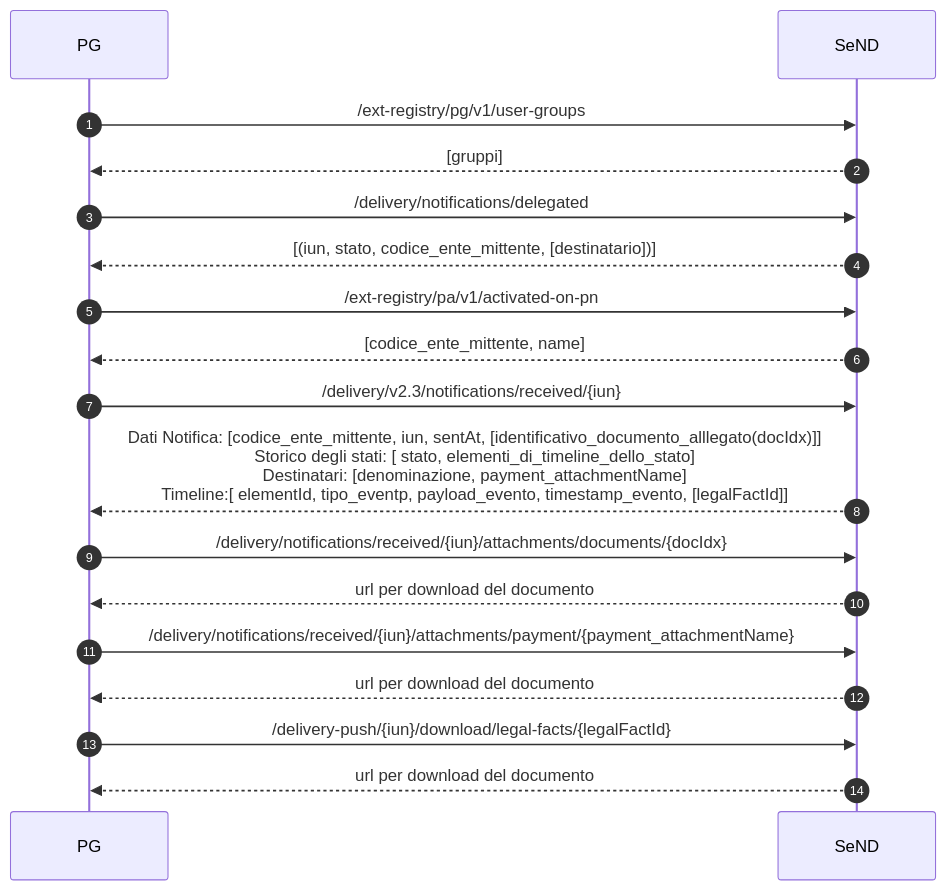
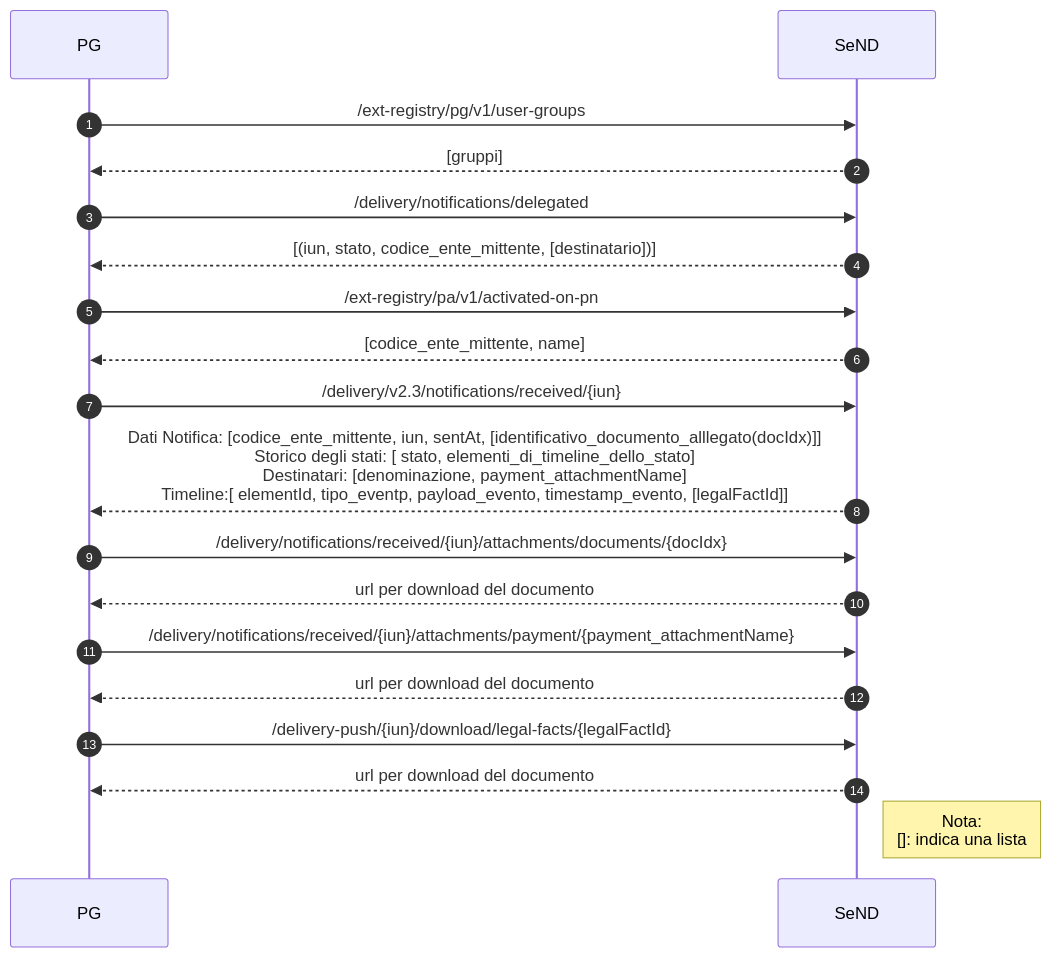
One commit to pagopa/pn-delivery changed the diagram in docs/openapi/images/pg.mmd. Above: the diagram before and after it, drawn with Mermaid. The commit also changed other lines of this file and 1 other file, not shown here.

Commit message:
docs: updated diagram

```diff
--- a/docs/openapi/images/pg.mmd
+++ b/docs/openapi/images/pg.mmd
@@ -1,22 +1,23 @@
 sequenceDiagram
     autonumber
     PG->>SeND:  /ext-registry/pg/v1/user-groups
     SeND-->>PG: [gruppi]
     PG->>SeND:  /delivery/notifications/delegated
     SeND-->>PG: [(iun, stato, codice_ente_mittente, [destinatario])]
     PG ->>SeND: /ext-registry/pa/v1/activated-on-pn
     SeND-->>PG: [codice_ente_mittente, name]
 
     PG ->>SeND: /delivery/v2.3/notifications/received/{iun}
     SeND-->>PG: Dati Notifica: [codice_ente_mittente, iun, sentAt, [identificativo_documento_alllegato(docIdx)]]<br> Storico degli stati: [ stato, elementi_di_timeline_dello_stato] <br>Destinatari: [denominazione, payment_attachmentName] <br> Timeline:[ elementId, tipo_eventp, payload_evento, timestamp_evento, [legalFactId]]  
   
 
 
 
 
     PG ->>SeND:  /delivery/notifications/received/{iun}/attachments/documents/{docIdx}
     SeND-->>PG: url per download del documento
     PG ->>SeND: /delivery/notifications/received/{iun}/attachments/payment/{payment_attachmentName}
     SeND-->>PG: url per download del documento
     PG ->>SeND: /delivery-push/{iun}/download/legal-facts/{legalFactId}
     SeND-->>PG: url per download del documento
+    Note right of SeND: Nota:  <br/> []: indica una lista 
```
